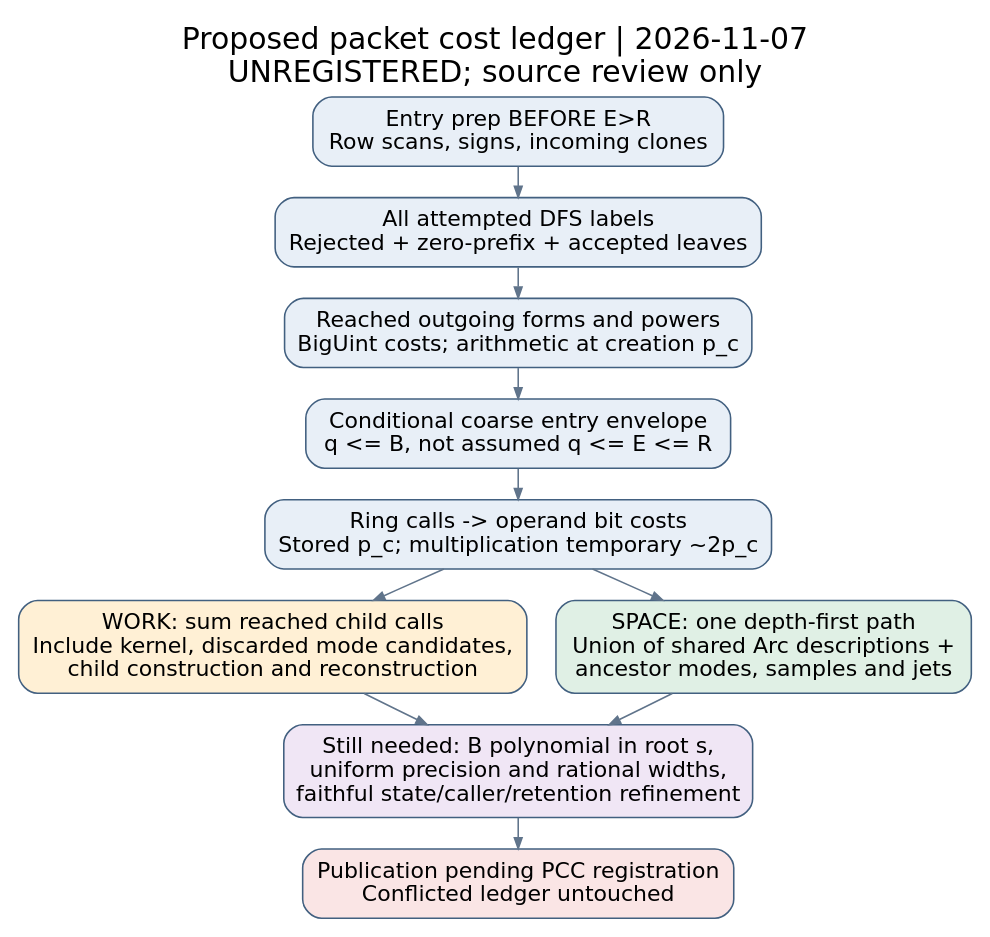
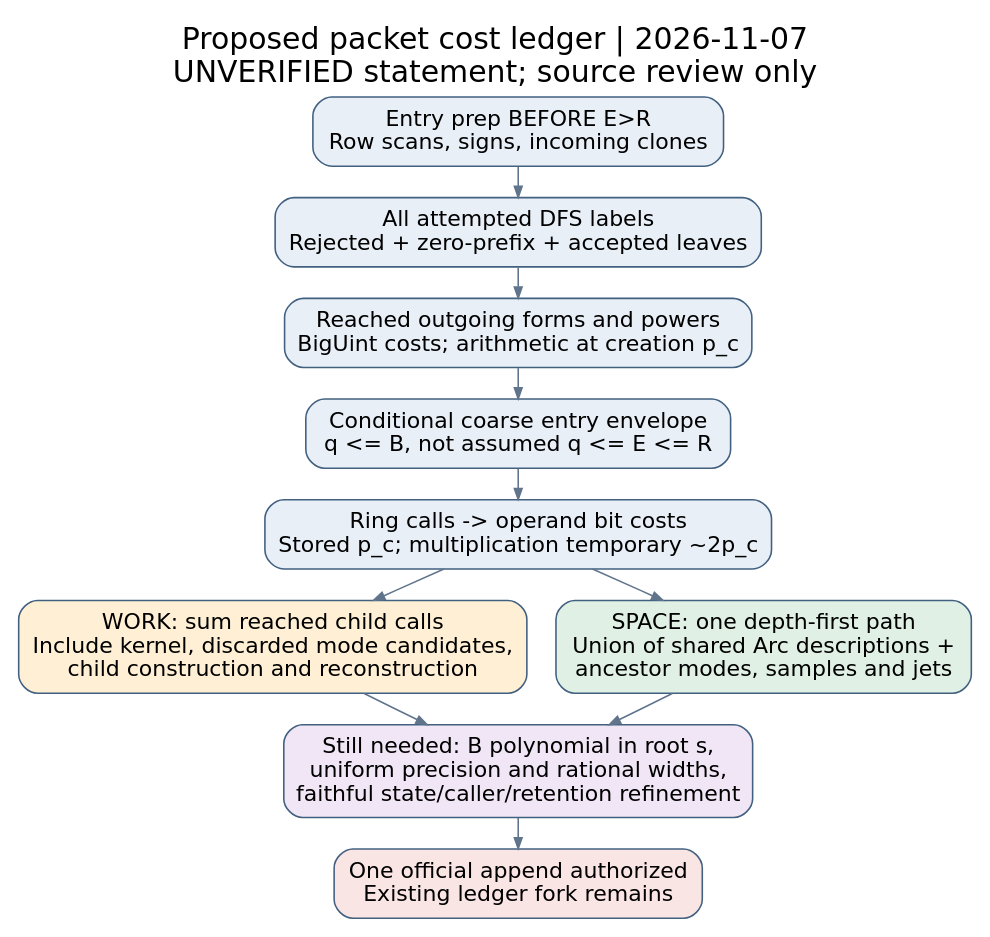
The diagram in research/hashed_ecdl_packet_recurrence_20261107/dependency.dot (isogeny-labs/crypto), drawn with Graphviz before and after one commit. The commit also changed 12 other files, not shown here.

Commit message:
docs: register packet resource review with one authorized PCC append

```diff
--- a/research/hashed_ecdl_packet_recurrence_20261107/dependency.dot
+++ b/research/hashed_ecdl_packet_recurrence_20261107/dependency.dot
@@ -1,18 +1,18 @@
 digraph Recurrence {
- graph [rankdir=TB, bgcolor="white", label="Proposed packet cost ledger | 2026-11-07\nUNREGISTERED; source review only", labelloc=t, fontsize=19, fontname="DejaVu Sans", nodesep=0.25, ranksep=0.28];
+ graph [rankdir=TB, bgcolor="white", label="Proposed packet cost ledger | 2026-11-07\nUNVERIFIED statement; source review only", labelloc=t, fontsize=19, fontname="DejaVu Sans", nodesep=0.25, ranksep=0.28];
  node [shape=box, style="rounded,filled", fillcolor="#e8eff7", color="#426080", fontname="DejaVu Sans", fontsize=14, margin="0.14,0.10"];
  edge [color="#60748b", arrowsize=0.7];
  prep [label="Entry prep BEFORE E>R\nRow scans, signs, incoming clones"];
  dfs [label="All attempted DFS labels\nRejected + zero-prefix + accepted leaves"];
  out [label="Reached outgoing forms and powers\nBigUint costs; arithmetic at creation p_c"];
  coarse [label="Conditional coarse entry envelope\nq <= B, not assumed q <= E <= R"];
  bit [label="Ring calls -> operand bit costs\nStored p_c; multiplication temporary ~2p_c"];
  work [label="WORK: sum reached child calls\nInclude kernel, discarded mode candidates,\nchild construction and reconstruction",fillcolor="#fff0d5"];
  space [label="SPACE: one depth-first path\nUnion of shared Arc descriptions +\nancestor modes, samples and jets",fillcolor="#e0f0e5"];
  obligations [label="Still needed: B polynomial in root s,\nuniform precision and rational widths,\nfaithful state/caller/retention refinement",fillcolor="#f0e6f5"];
- registration [label="Publication pending PCC registration\nConflicted ledger untouched",fillcolor="#fae5e5"];
+ registration [label="One official append authorized\nExisting ledger fork remains",fillcolor="#fae5e5"];
  prep -> dfs -> out -> coarse -> bit;
  bit -> work; bit -> space;
  work -> obligations; space -> obligations;
  obligations -> registration;
 }
```
